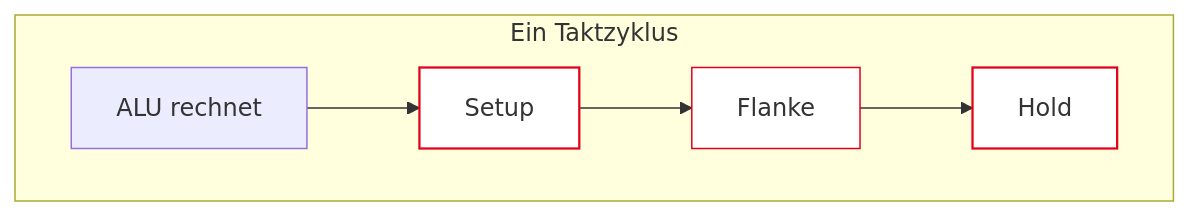
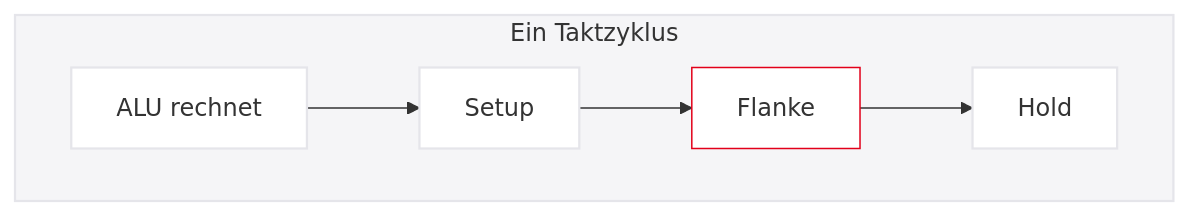
Diagram 31 of 38 in vorlesungen/01_kickoff.qmd (dantschi/mct1), drawn with Mermaid before and after one commit. The commit also changed other lines of this file and 4 other files, not shown here.

First line of the commit message:
Verbessere Folien-Design: Typografie, Mermaid und Overflow.

````diff
--- a/vorlesungen/01_kickoff.qmd
+++ b/vorlesungen/01_kickoff.qmd
@@ -1296,12 +1287,14 @@
 ```{mermaid}
 flowchart LR
   subgraph Zyklus["Ein Taktzyklus"]
     direction LR
     A[ALU rechnet] --> B[Setup]
     B --> C[Flanke]
     C --> D[Hold]
   end
+  style Zyklus fill:#F5F5F7,stroke:#E5E5EA,stroke-width:1.5px
   style C fill:#FFFFFF,stroke:#E2001A,stroke-width:2px !important
-  style B fill:#FFFFFF,stroke:#E2001A,stroke-width:1.5px
-  style D fill:#FFFFFF,stroke:#E2001A,stroke-width:1.5px
+  style B fill:#FFFFFF,stroke:#E5E5EA,stroke-width:1.5px
+  style D fill:#FFFFFF,stroke:#E5E5EA,stroke-width:1.5px
+  style A fill:#FFFFFF,stroke:#E5E5EA,stroke-width:1.5px
 ```
````
